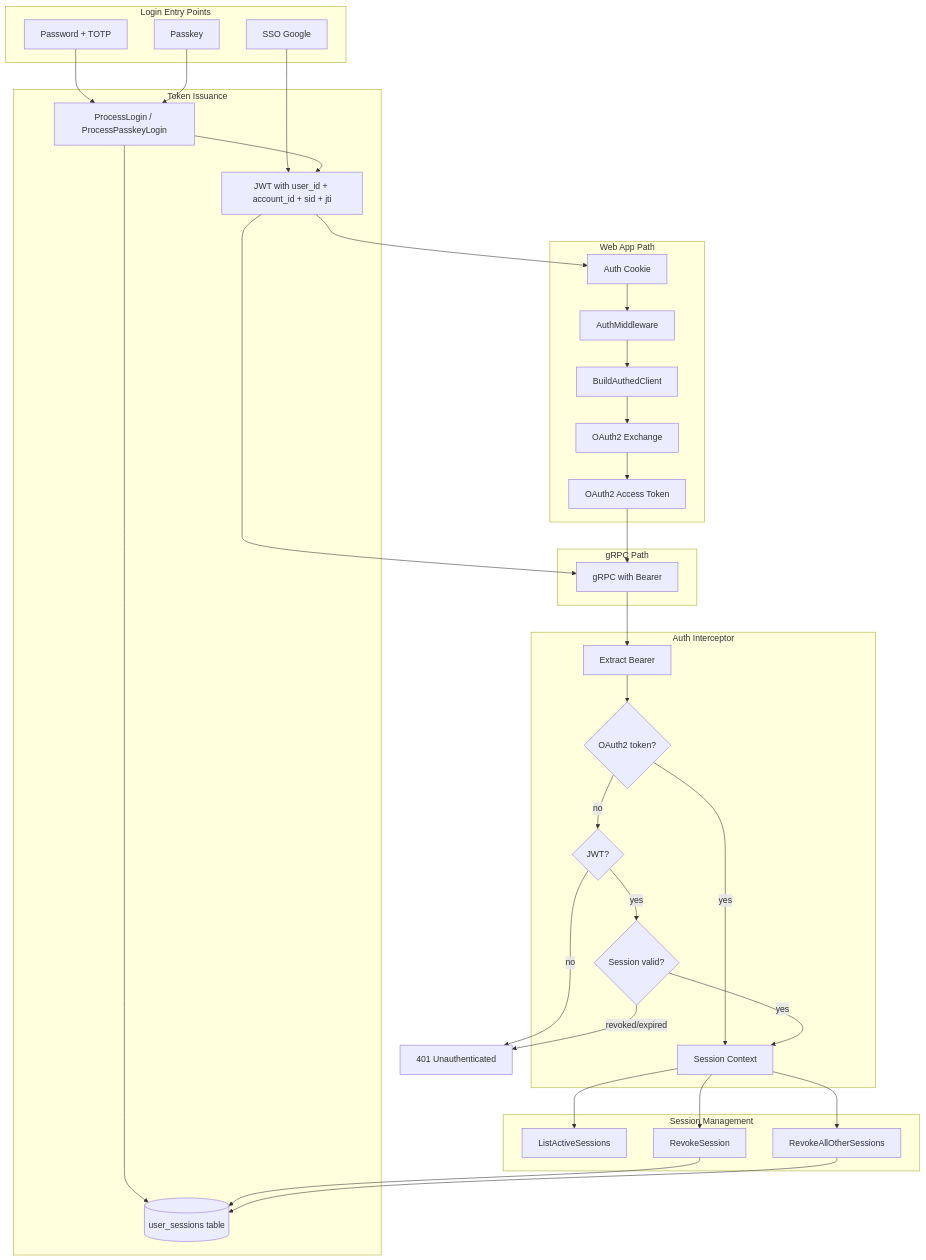
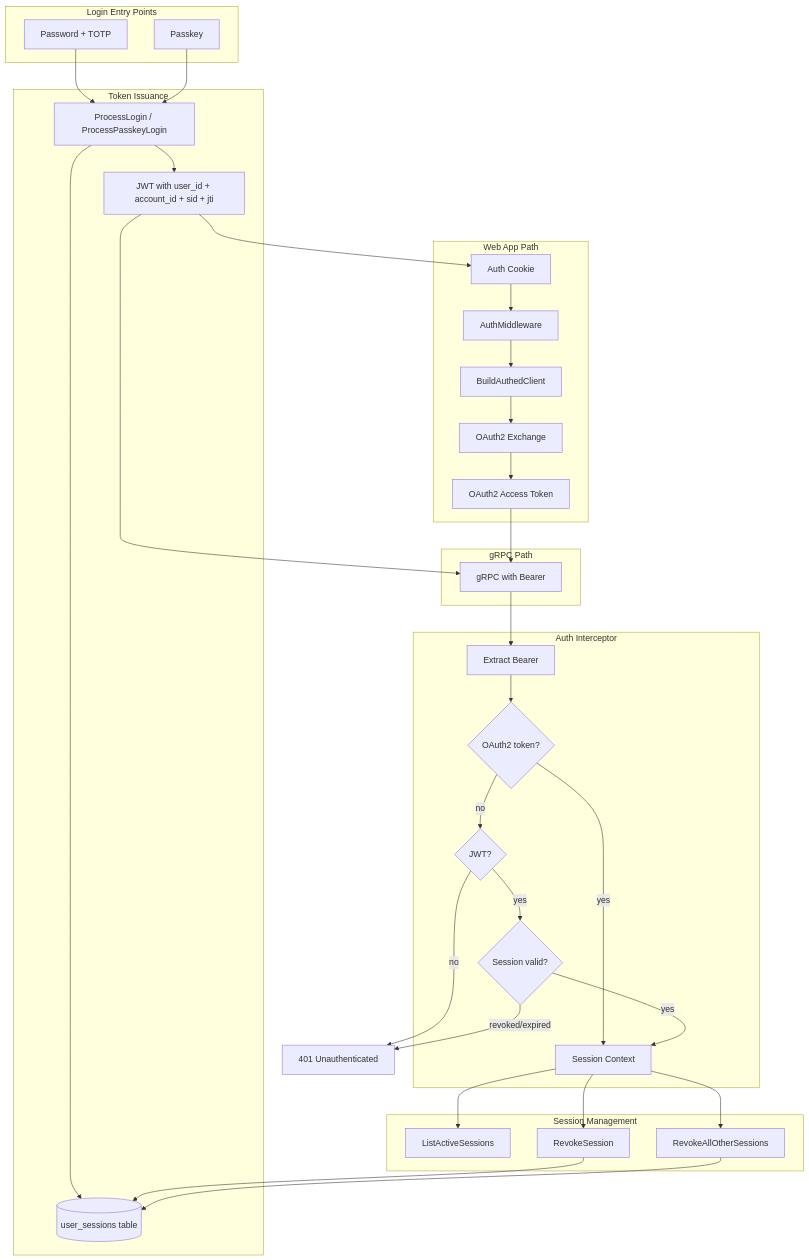
Before and after one commit to dinnerdonebetter/dinnerdonebetter: the diagram in docs/auth-flow.md, drawn with Mermaid. The commit also changed other lines of this file and 263 other files, not shown here.

````diff
--- a/docs/auth-flow.md
+++ b/docs/auth-flow.md
@@ -210,69 +197,67 @@
 ```mermaid
 flowchart TB
     subgraph "Login Entry Points"
         PW[Password + TOTP]
         PK[Passkey]
-        SSO[SSO Google]
     end
 
     subgraph "Token Issuance"
         PM[ProcessLogin / ProcessPasskeyLogin]
         SESS[(user_sessions table)]
         JWT[JWT with user_id + account_id + sid + jti]
     end
 
     PW --> PM
     PK --> PM
-    SSO --> JWT
 
     PM --> SESS
     PM --> JWT
 
     subgraph "Web App Path"
         Cookie[Auth Cookie]
         MW[AuthMiddleware]
         BC[BuildAuthedClient]
         OAuth2[OAuth2 Exchange]
         OAT[OAuth2 Access Token]
     end
 
     JWT --> Cookie
     Cookie --> MW
     MW --> BC
     BC --> OAuth2
     OAuth2 --> OAT
 
     subgraph "gRPC Path"
         OAT --> gRPC[gRPC with Bearer]
         JWT --> gRPC
     end
 
     subgraph "Auth Interceptor"
         AI[Extract Bearer]
         O2Check{OAuth2 token?}
         JWTCheck{JWT?}
         SessCheck{Session valid?}
         SC[Session Context]
     end
 
     gRPC --> AI
     AI --> O2Check
     O2Check -->|yes| SC
     O2Check -->|no| JWTCheck
     JWTCheck -->|yes| SessCheck
     JWTCheck -->|no| Err[401 Unauthenticated]
     SessCheck -->|yes| SC
     SessCheck -->|revoked/expired| Err
 
     subgraph "Session Management"
         LS[ListActiveSessions]
         RS[RevokeSession]
         RA[RevokeAllOtherSessions]
     end
 
     SC --> LS
     SC --> RS
     SC --> RA
     RS --> SESS
     RA --> SESS
 ```
````
